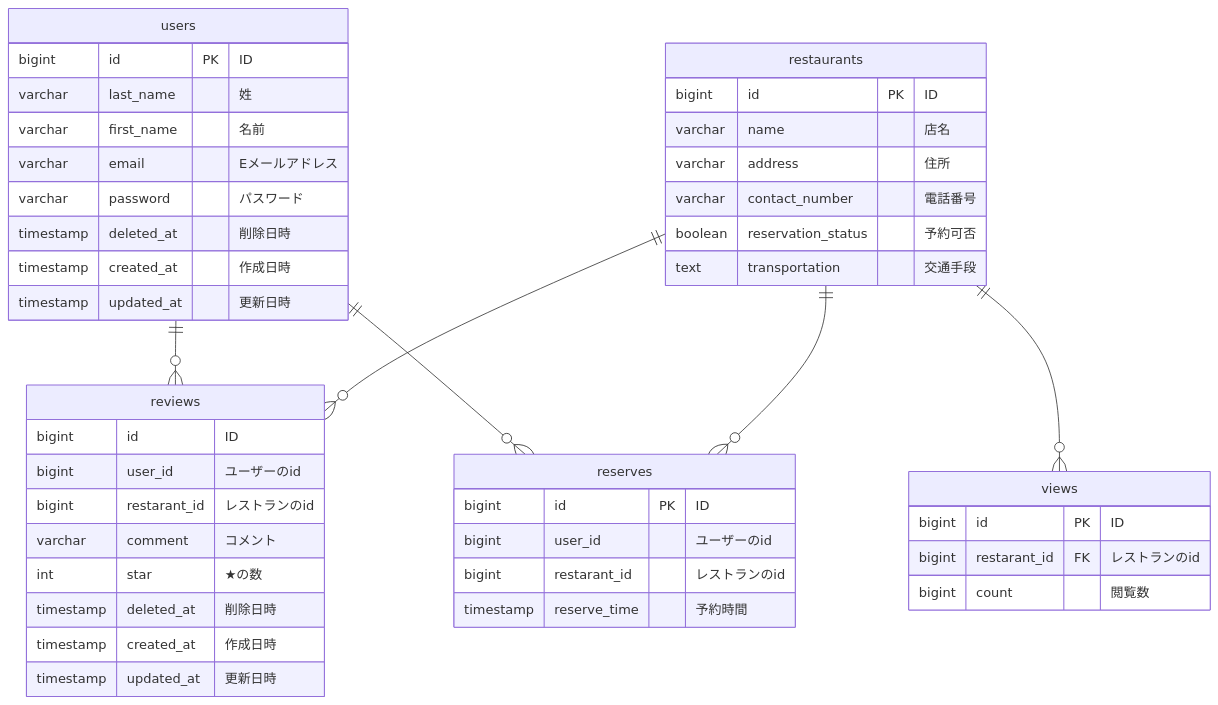
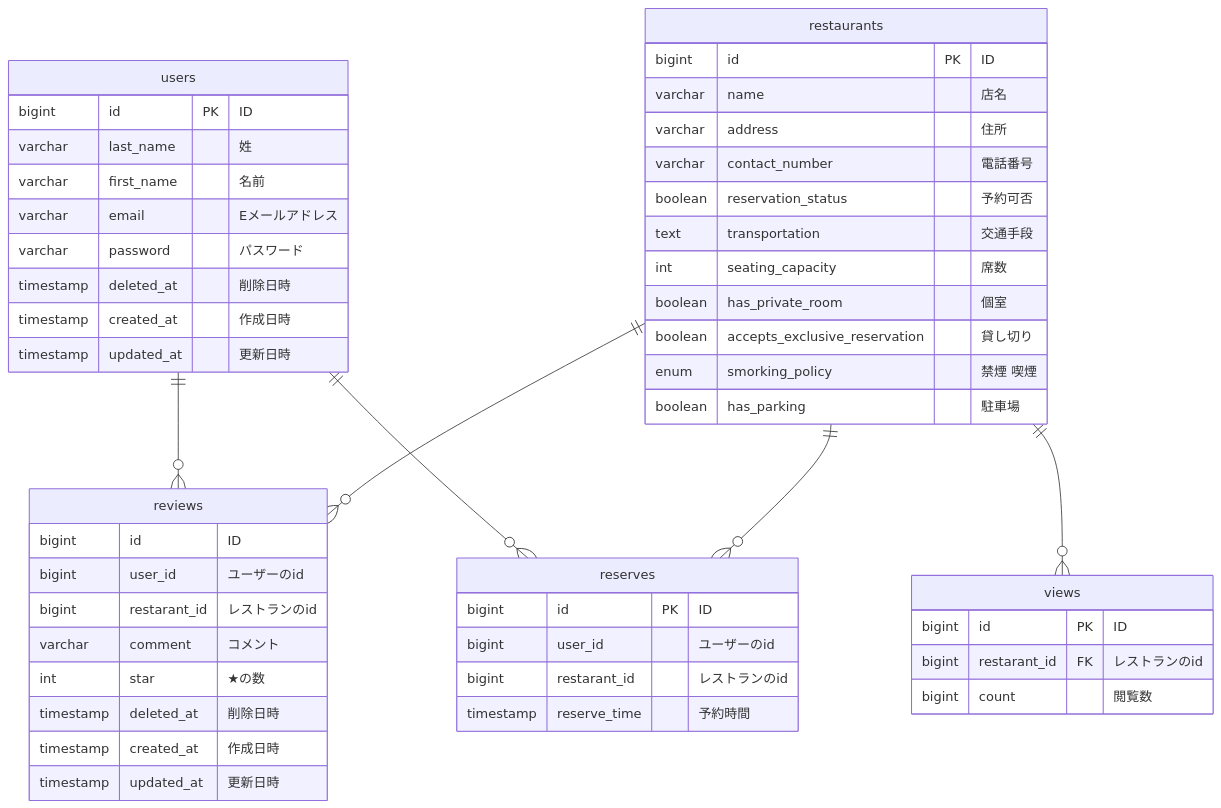
The diagram in kinoshita/practice-erd/tabelog/ER図.md (StoryEdutech/study_repo), drawn with Mermaid before and after one commit.

Commit message:
レベル2

````diff
--- a/kinoshita/practice-erd/tabelog/ER図.md
+++ b/kinoshita/practice-erd/tabelog/ER図.md
@@ -1,54 +1,59 @@
 ```mermaid
 erDiagram
     users ||--o{ reviews : ""
     users ||--o{ reserves : ""
 
     restaurants ||--o{ reviews : ""
     restaurants ||--o{ views : ""
     restaurants ||--o{ reserves : ""
 
     users {
       bigint id PK "ID"
       varchar last_name "姓"
       varchar first_name "名前"
       varchar email "Eメールアドレス"
       varchar password "パスワード"
       timestamp deleted_at "削除日時"
       timestamp created_at "作成日時"
       timestamp updated_at "更新日時"
     }
 
     restaurants {
       bigint id PK "ID"
       varchar name "店名"
       varchar address "住所"
       varchar contact_number "電話番号"
       boolean reservation_status "予約可否"
       text transportation "交通手段"
+      int seating_capacity "席数"
+      boolean has_private_room "個室"
+      boolean accepts_exclusive_reservation "貸し切り"
+      enum smorking_policy "禁煙 喫煙"
+      boolean has_parking "駐車場"
     }
 
     views {
       bigint id PK "ID"
       bigint restarant_id FK "レストランのid"
       bigint count "閲覧数"
     }
 
     reviews {
       bigint id "ID"
       bigint user_id "ユーザーのid"
       bigint restarant_id "レストランのid"
       varchar comment "コメント"
       int star "★の数"
       timestamp deleted_at "削除日時"
       timestamp created_at "作成日時"
       timestamp updated_at "更新日時"
     }
 
     reserves {
       bigint id PK "ID"
       bigint user_id "ユーザーのid"
       bigint restarant_id "レストランのid"
       timestamp reserve_time "予約時間"
     }
 
 ```
````
